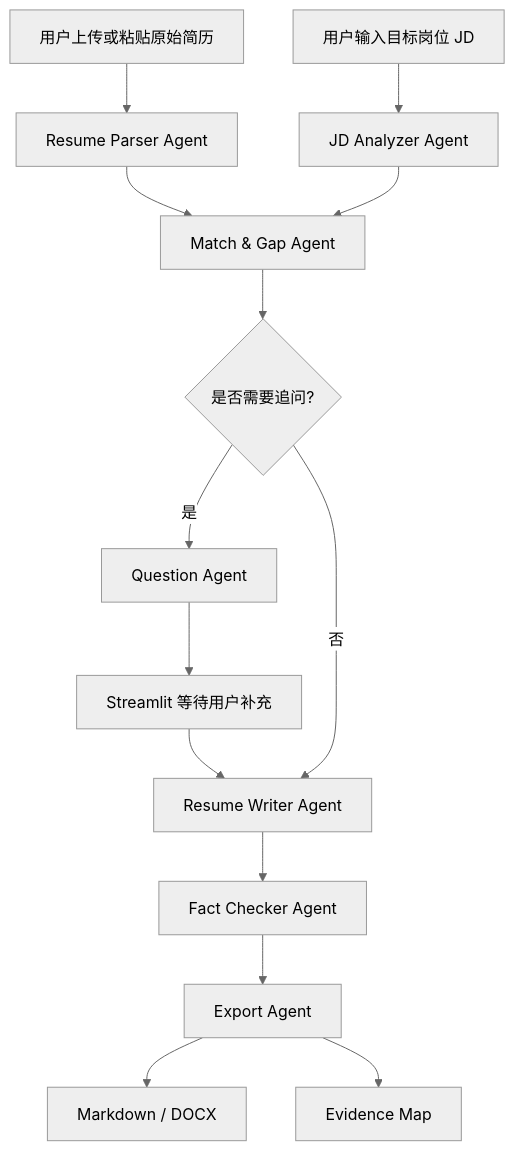
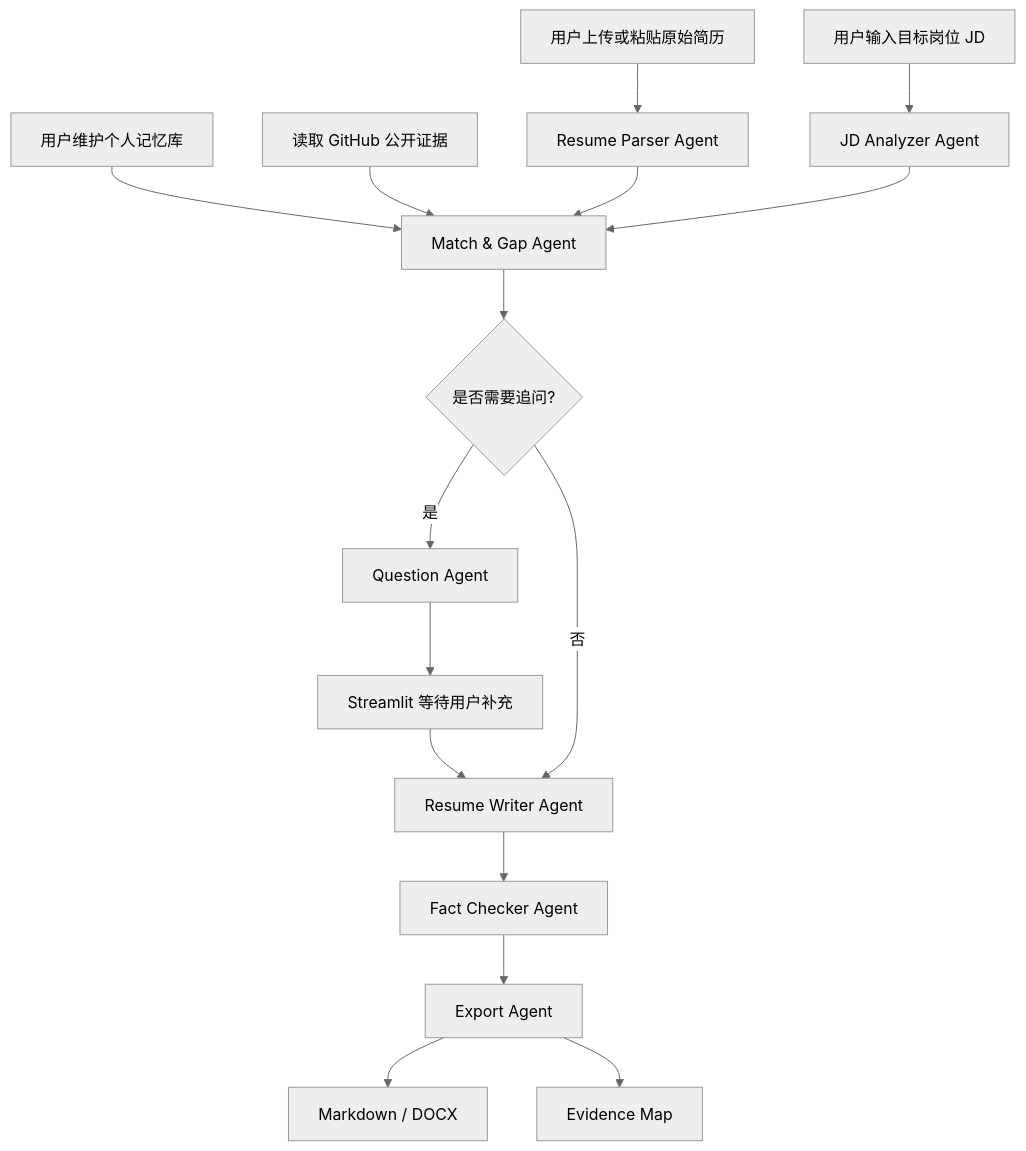
The diagram in README.md (IHanabiI/resume-agent-portfolio), drawn with Mermaid (neutral theme) before and after one commit. The commit also changed other lines of this file and 11 other files, not shown here.

Commit message:
Add memory and GitHub evidence workflow

````diff
--- a/README.md
+++ b/README.md
@@ -52,16 +54,18 @@
 ```mermaid
 flowchart TD
     A["用户上传或粘贴原始简历"] --> B["Resume Parser Agent"]
+    A2["用户维护个人记忆库"] --> E["Match & Gap Agent"]
+    A3["读取 GitHub 公开证据"] --> E
     C["用户输入目标岗位 JD"] --> D["JD Analyzer Agent"]
     B --> E["Match & Gap Agent"]
     D --> E
     E --> F{"是否需要追问?"}
     F -- "是" --> G["Question Agent"]
     G --> H["Streamlit 等待用户补充"]
     H --> I["Resume Writer Agent"]
     F -- "否" --> I
     I --> J["Fact Checker Agent"]
     J --> K["Export Agent"]
     K --> L["Markdown / DOCX"]
     K --> M["Evidence Map"]
 ```
````
